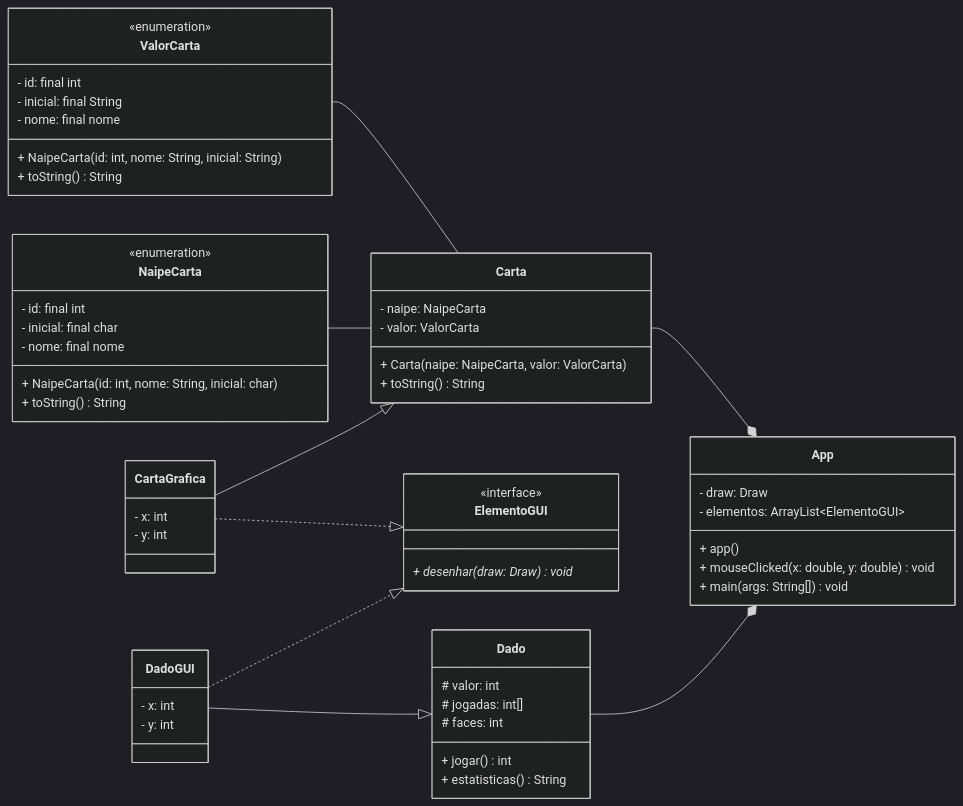
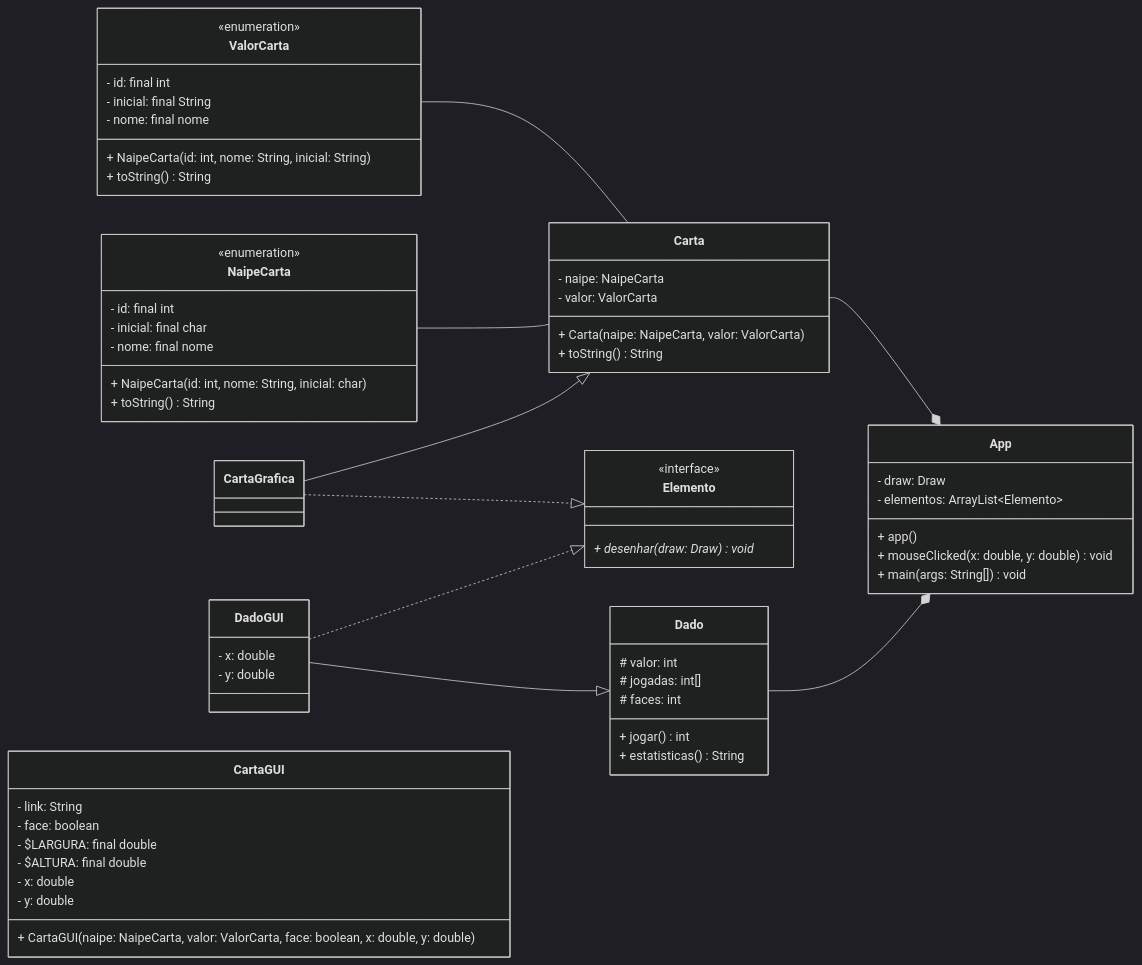
One commit to sfvini/POO changed the diagram in lab_07/README.md. Above: the diagram before and after it, drawn with Mermaid (dark theme). The commit also changed 3 other files, not shown here.

Commit message:
UML COMPLETO

````diff
--- a/lab_07/README.md
+++ b/lab_07/README.md
@@ -3,73 +3,78 @@
 ```mermaid
 classDiagram
 direction LR
 
 Dado --* App
 Carta --* App
 
 DadoGUI --|> Dado
 
-CartaGrafica ..|> ElementoGUI
-DadoGUI ..|> ElementoGUI
+CartaGrafica ..|> Elemento
+DadoGUI ..|> Elemento
 
 CartaGrafica --|> Carta
 NaipeCarta -- Carta
 ValorCarta -- Carta
 
 class App {
      - draw: Draw
-     - elementos: ArrayList~ElementoGUI~
+     - elementos: ArrayList~Elemento~
      + app()
      + mouseClicked(x: double, y: double) void
      + main(args: String[]) void
 }
 
-class ElementoGUI {
+class Elemento {
     <<interface>>
     + desenhar(draw: Draw) void*
 }
 
 class Carta {
     - naipe: NaipeCarta
     - valor: ValorCarta
     + Carta(naipe: NaipeCarta, valor: ValorCarta)
     + toString() String
 }
 
-class CartaGrafica {
-    - x: int
-    - y: int
+class CartaGUI {
+    - link: String
+    - face: boolean
+    - $LARGURA: final double
+    - $ALTURA: final double
+    - x: double
+    - y: double
+    + CartaGUI(naipe: NaipeCarta, valor: ValorCarta, face: boolean, x: double, y: double)
 }
 
 class Dado {
     # valor: int
     # jogadas: int[]
     # faces: int
     + jogar() int
     + estatisticas() String
 }
 
 class DadoGUI {
-    - x: int
-    - y: int
+    - x: double
+    - y: double
 }
 
 class NaipeCarta {
     <<enumeration>> 
     - id: final int
     - inicial: final char
     - nome: final nome
     + NaipeCarta(id: int, nome: String, inicial: char)
     + toString() String
 }
 
 class ValorCarta {
 <<enumeration>>
 - id: final int
 - inicial: final String
 - nome: final nome
 + NaipeCarta(id: int, nome: String, inicial: String)
 + toString() String
 }
 
 ```
````
